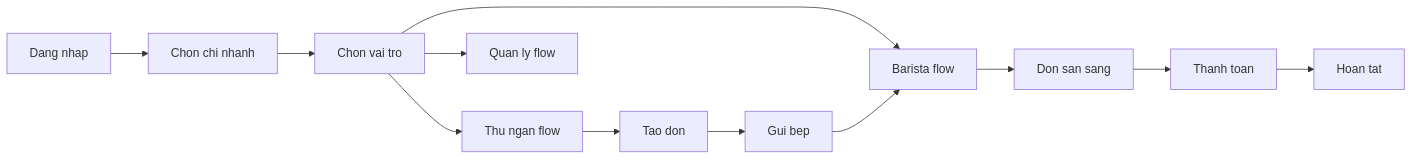
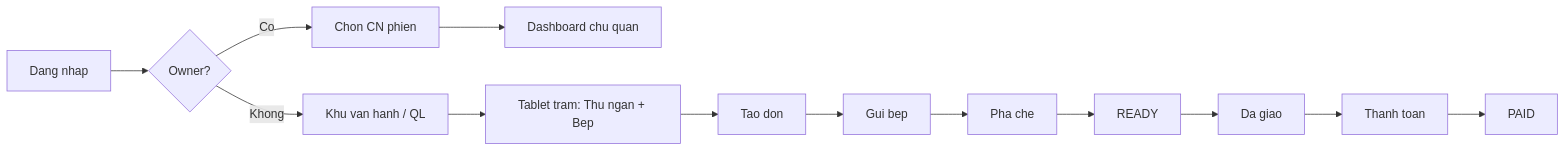
Before and after one commit to CESxMidas/CaffeApp: the first of 2 diagrams in docs/PRD.md, drawn with Mermaid. The commit also changed other lines of this file and 112 other files, not shown here.

````diff
--- a/docs/PRD.md
+++ b/docs/PRD.md
@@ -29,14 +30,15 @@
 ```mermaid
 flowchart LR
-    Login[Dang nhap] --> Branch[Chon chi nhanh]
-    Branch --> Role[Chon vai tro]
-    Role --> CashierFlow[Thu ngan flow]
-    Role --> BaristaFlow[Barista flow]
-    Role --> ManagerFlow[Quan ly flow]
-    CashierFlow --> Order[Tao don]
+    Login[Dang nhap] --> BranchOwner{Owner?}
+    BranchOwner -->|Co| Branch[Chon CN phien]
+    BranchOwner -->|Khong| Ops[Khu van hanh / QL]
+    Branch --> OwnerDash[Dashboard chu quan]
+    Ops --> Station[Tablet tram: Thu ngan + Bep]
+    Station --> Order[Tao don]
     Order --> Kitchen[Gui bep]
-    Kitchen --> BaristaFlow
-    BaristaFlow --> Ready[Don san sang]
-    Ready --> Payment[Thanh toan]
-    Payment --> Done[Hoan tat]
+    Kitchen --> BaristaFlow[Pha che]
+    BaristaFlow --> Ready[READY]
+    Ready --> Deliver[Da giao]
+    Deliver --> Payment[Thanh toan]
+    Payment --> Done[PAID]
 ```
````
